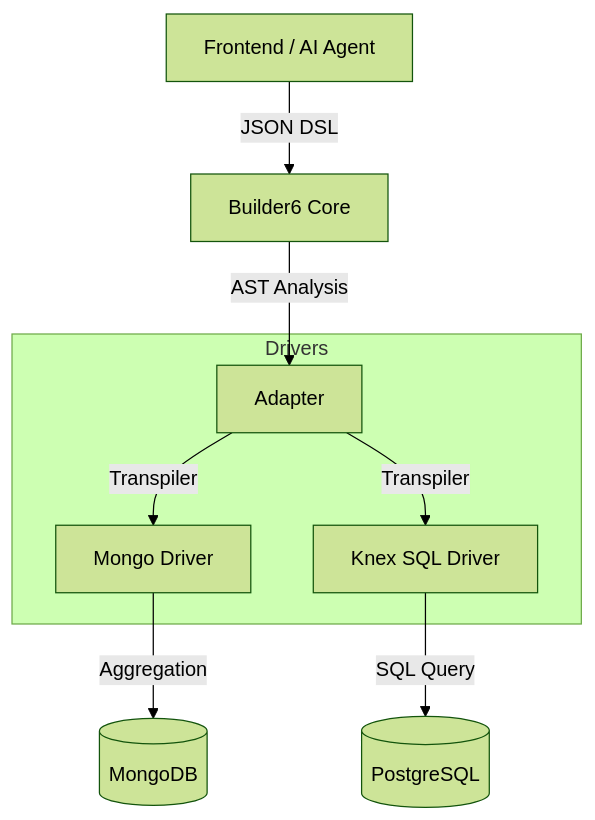
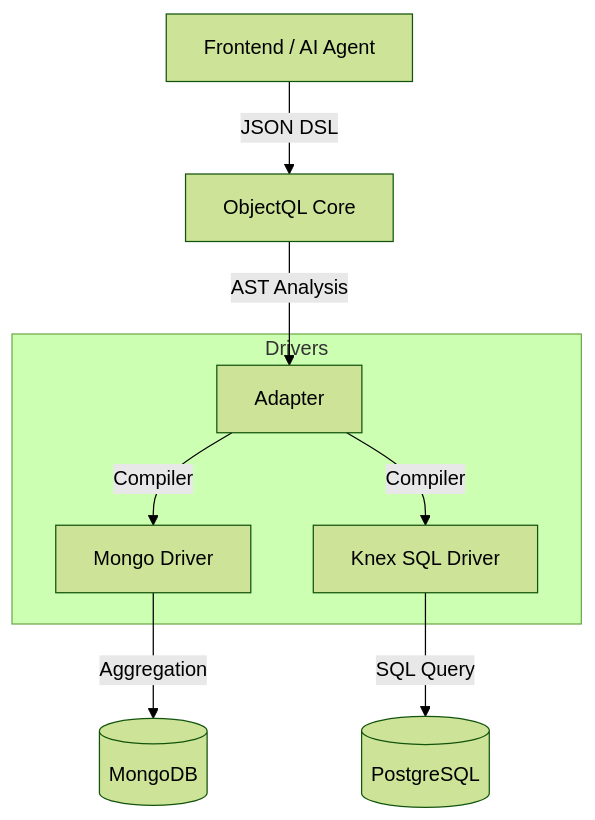
Before and after one commit to builder6-ai/objectql: the diagram in README.md, drawn with Mermaid (forest theme). The commit also changed other lines of this file, not shown here.

````diff
--- a/README.md
+++ b/README.md
@@ -105,14 +118,14 @@
 ```mermaid
 graph TD
-    Client[Frontend / AI Agent] -->|JSON DSL| Core[Builder6 Core]
+    Client[Frontend / AI Agent] -->|JSON DSL| Core[ObjectQL Core]
     Core -->|AST Analysis| Adapter
     
     subgraph Drivers
-    Adapter -->|Transpiler| Mongo[Mongo Driver]
-    Adapter -->|Transpiler| SQL[Knex SQL Driver]
+    Adapter -->|Compiler| Mongo[Mongo Driver]
+    Adapter -->|Compiler| SQL[Knex SQL Driver]
     end
     
     Mongo -->|Aggregation| DB_NoSQL[(MongoDB)]
     SQL -->|SQL Query| DB_SQL[(PostgreSQL)]
 
 ```
````
